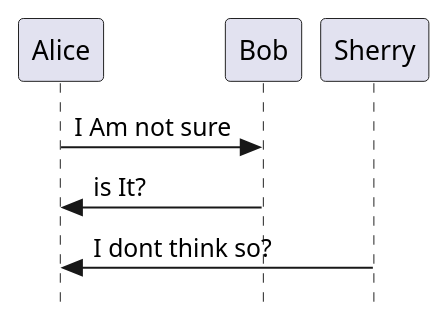
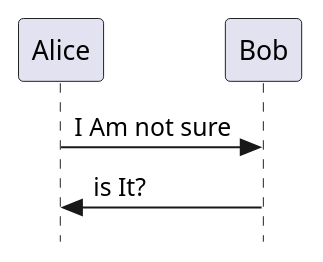
Before and after one commit to gerometan/frontpage: the diagram in docs/modules/ROOT/partials/bar.puml, drawn with PlantUML.

```diff
--- a/docs/modules/ROOT/partials/bar.puml
+++ b/docs/modules/ROOT/partials/bar.puml
@@ -1,6 +1,5 @@
 @startuml HelloWorld
 skinparam Style strictuml
 Alice -> Bob: I Am not sure
 Alice <- Bob: is It?
-Alice <- Sherry: I dont think so?
 @enduml
```
